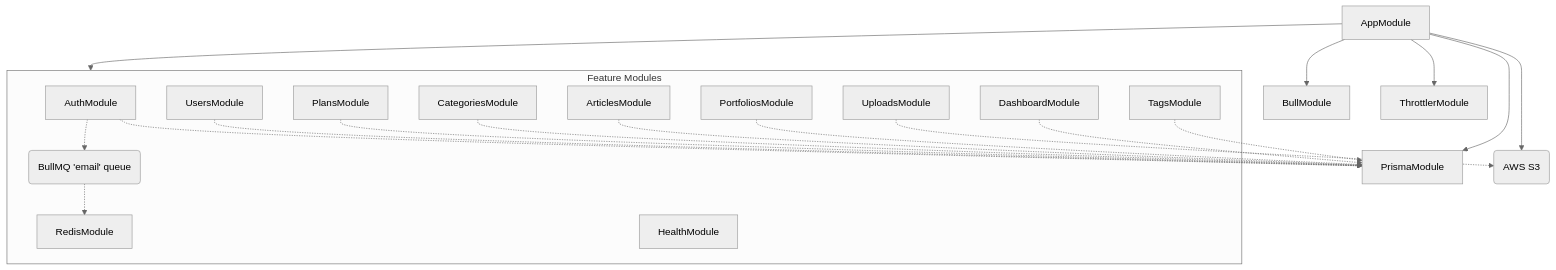
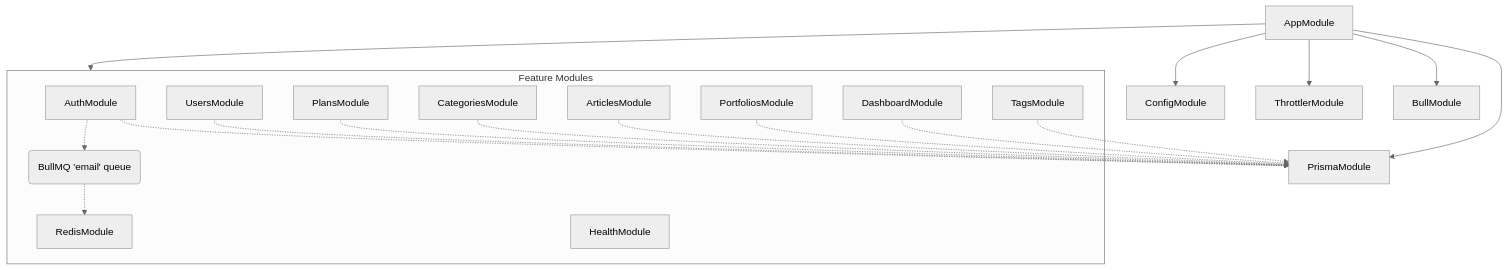
One commit to Andy-doit/hotstock-be-v1 changed the first of 2 diagrams in docs/backend-deep-review.md. Above: the diagram before and after it, drawn with Mermaid (neutral theme). The commit also changed other lines of this file and 98 other files, not shown here.

````diff
--- a/docs/backend-deep-review.md
+++ b/docs/backend-deep-review.md
@@ -9,36 +9,34 @@
 ```mermaid
 flowchart TD
     AppModule --> ConfigModule
     AppModule --> PrismaModule
     AppModule --> ThrottlerModule
     AppModule --> BullModule
     
     AppModule --> FeatureModules
     
     subgraph FeatureModules [Feature Modules]
         AuthModule
         UsersModule
         PlansModule
         CategoriesModule
         ArticlesModule
         PortfoliosModule
-        UploadsModule
         DashboardModule
         TagsModule
         QueueModule
         RedisModule
         HealthModule
     end
     
     AuthModule -.-> PrismaModule
     AuthModule -.-> QueueModule(BullMQ 'email' queue)
     UsersModule -.-> PrismaModule
     PlansModule -.-> PrismaModule
     CategoriesModule -.-> PrismaModule
     ArticlesModule -.-> PrismaModule
     PortfoliosModule -.-> PrismaModule
     DashboardModule -.-> PrismaModule
     TagsModule -.-> PrismaModule
-    UploadsModule -.-> ConfigModule(AWS S3)
     QueueModule -.-> RedisModule
 ```
````
